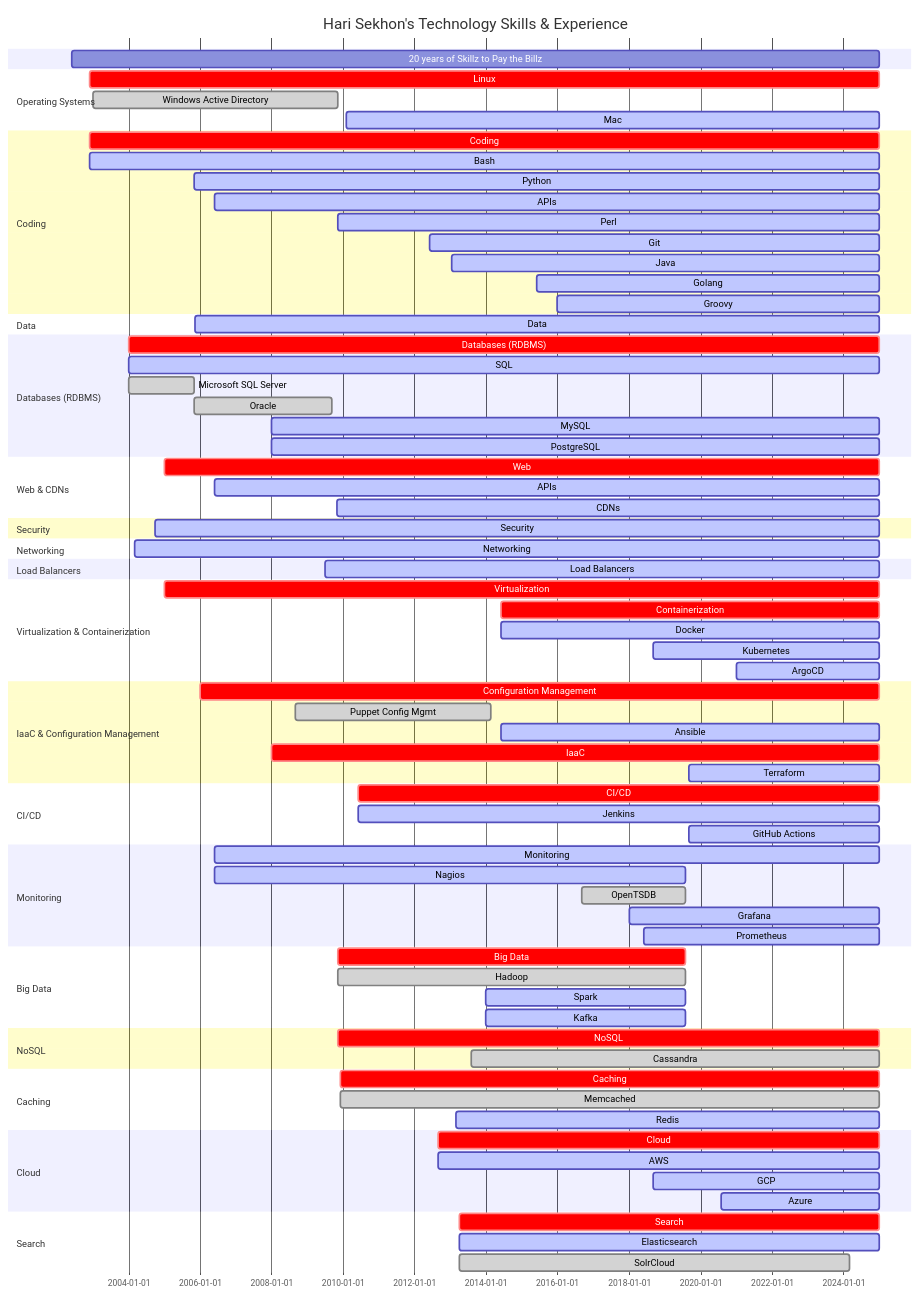
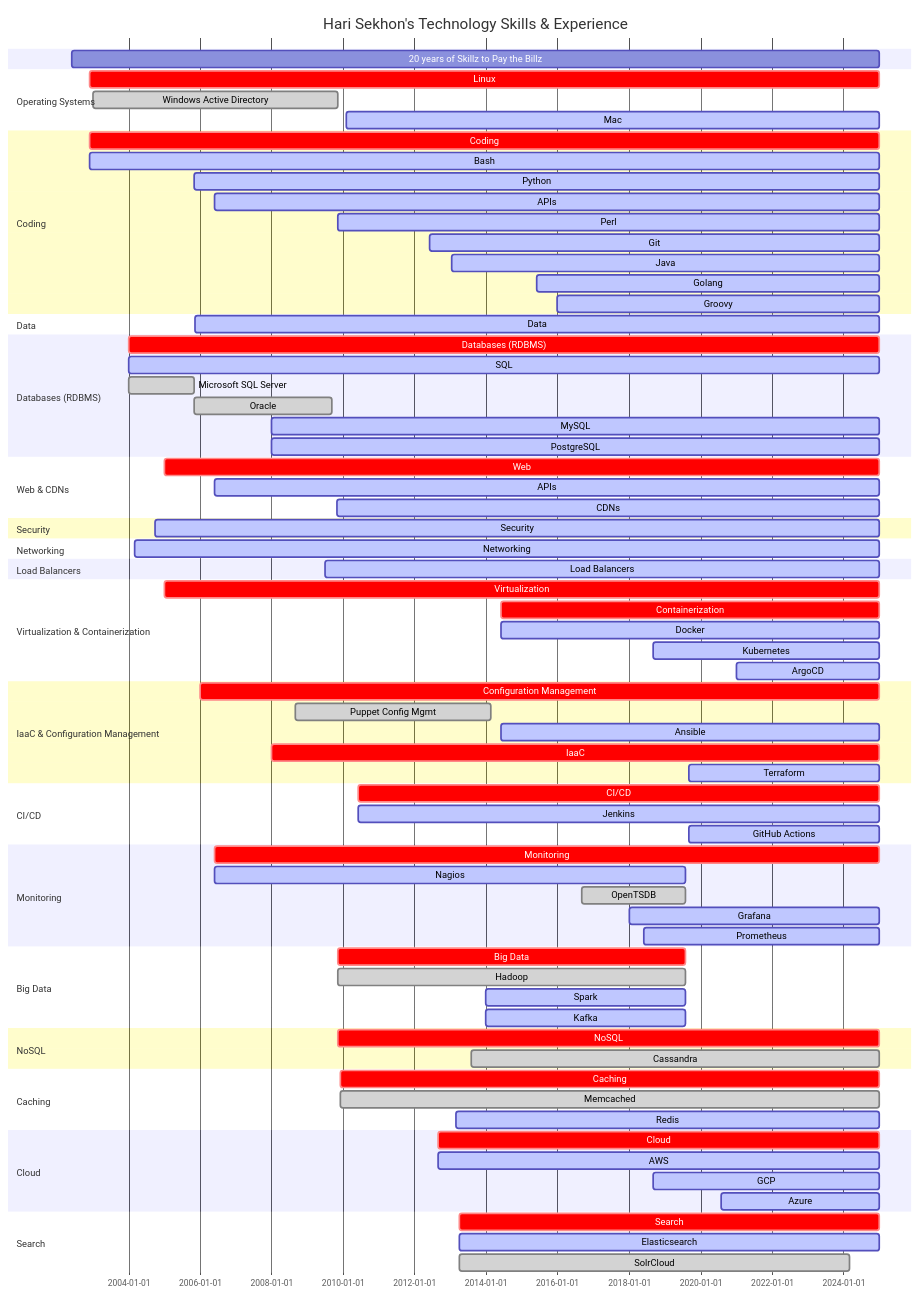
The diagram in README.md (HariSekhon/HariSekhon), drawn with Mermaid before and after one commit.

```diff
--- a/README.md
+++ b/README.md
@@ -394,7 +394,7 @@
     %%CloudBuild             : active, 2020-08-20, 2023-09-31
 
     section Monitoring
-    Monitoring             : active, 2006-06-01, 2024-12-31
+    Monitoring             : crit, 2006-06-01, 2024-12-31
     Nagios                 : active, 2006-06-01, 2019-07-31
     OpenTSDB               : done, 2016-09-01, 2019-07-31
     Grafana                : active, 2018-01-01, 2024-12-31
```
